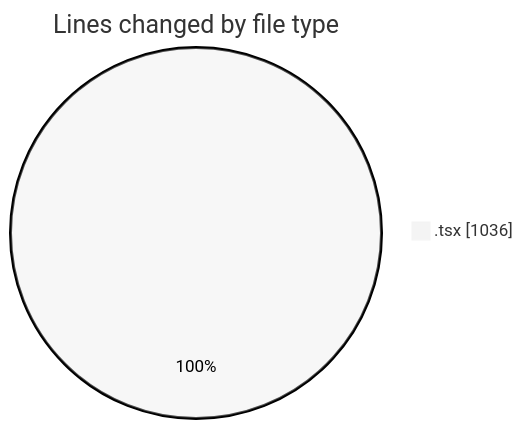
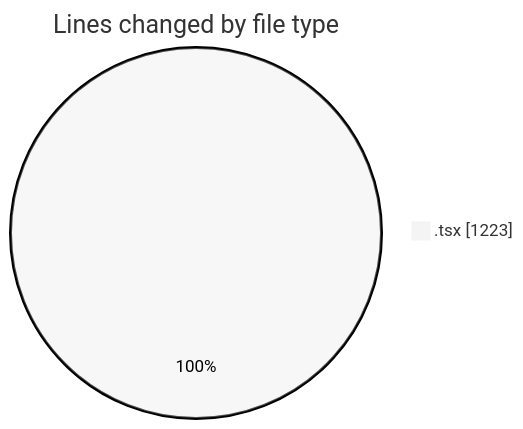
Before and after one commit to nxtqubesakshisongat/code-tracking: the first of 2 diagrams in 2026-04-09/airfeed-analytics-dashboard/README.md, drawn with Mermaid (neutral theme). The commit also changed other lines of this file and 1 other file, not shown here.

````diff
--- a/2026-04-09/airfeed-analytics-dashboard/README.md
+++ b/2026-04-09/airfeed-analytics-dashboard/README.md
@@ -26,5 +26,5 @@
 ```mermaid
 pie showData
 title Lines changed by file type
-".tsx" : 1036
+".tsx" : 1223
 ```
````
